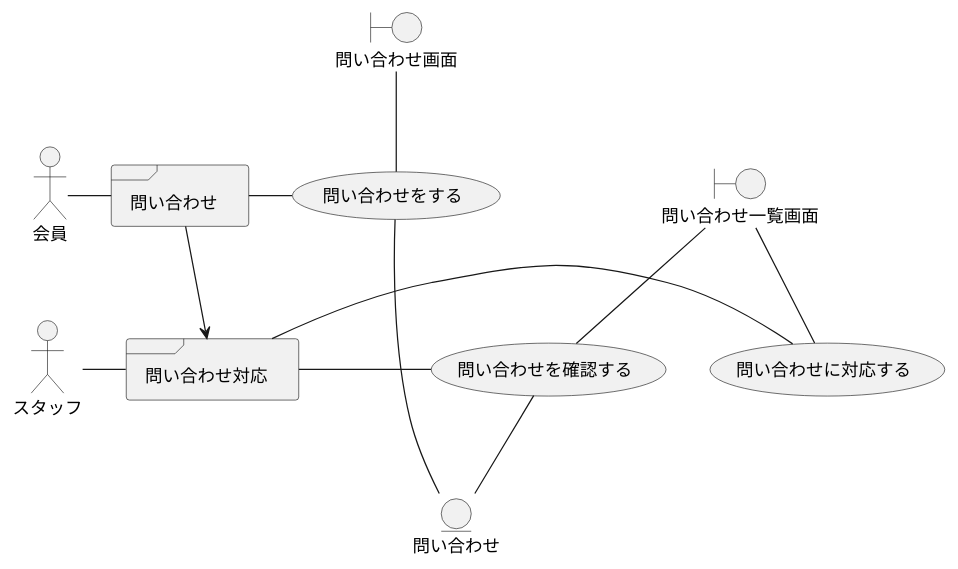
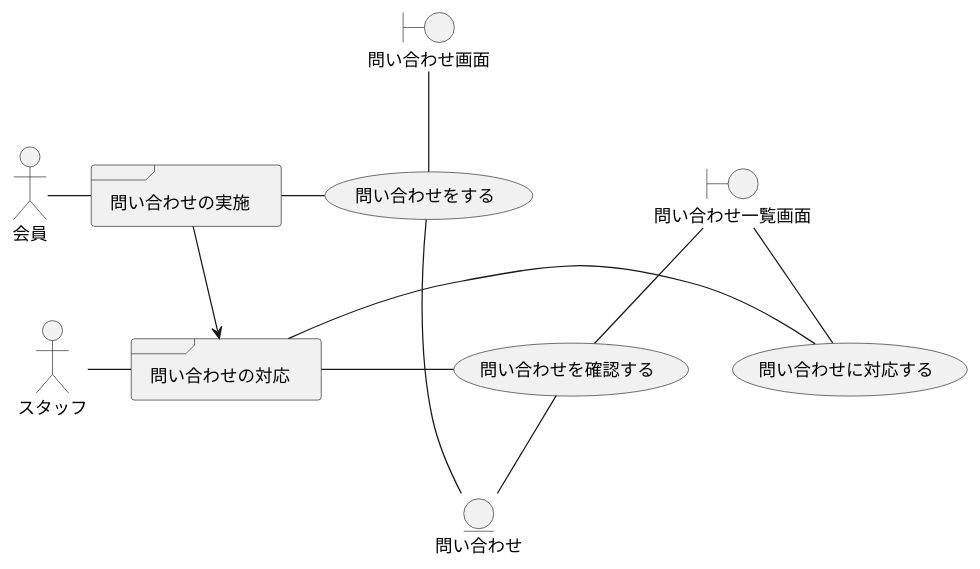
Before and after one commit to k2works/case-study-mrs: diagram 14 of 29 in docs/index.adoc, drawn with PlantUML. The commit also changed other lines of this file and 7 other files, not shown here.

```diff
--- a/docs/index.adoc
+++ b/docs/index.adoc
@@ -451,29 +451,29 @@
 [plantuml]
 ----
 @startuml
 actor "会員" as user
 actor "スタッフ" as admin
-frame "問い合わせ" as f01
-frame "問い合わせ対応" as f02
+frame "問い合わせの実施" as f01
+frame "問い合わせの対応" as f02
 usecase "問い合わせをする" as UC1
 usecase "問い合わせを確認する" as UC2
 usecase "問い合わせに対応する" as UC3
 boundary "問い合わせ画面" as b01
 boundary "問い合わせ一覧画面" as b02
 entity "問い合わせ" as e01
 
 user - f01
 f01 - UC1
 b01 -- UC1
 UC1 - e01
 
 f01 --> f02
 
 admin - f02
 f02 - UC2
 f02 - UC3
 b02 -- UC2
 b02 -- UC3
 UC2 -- e01
 
 ----
```
